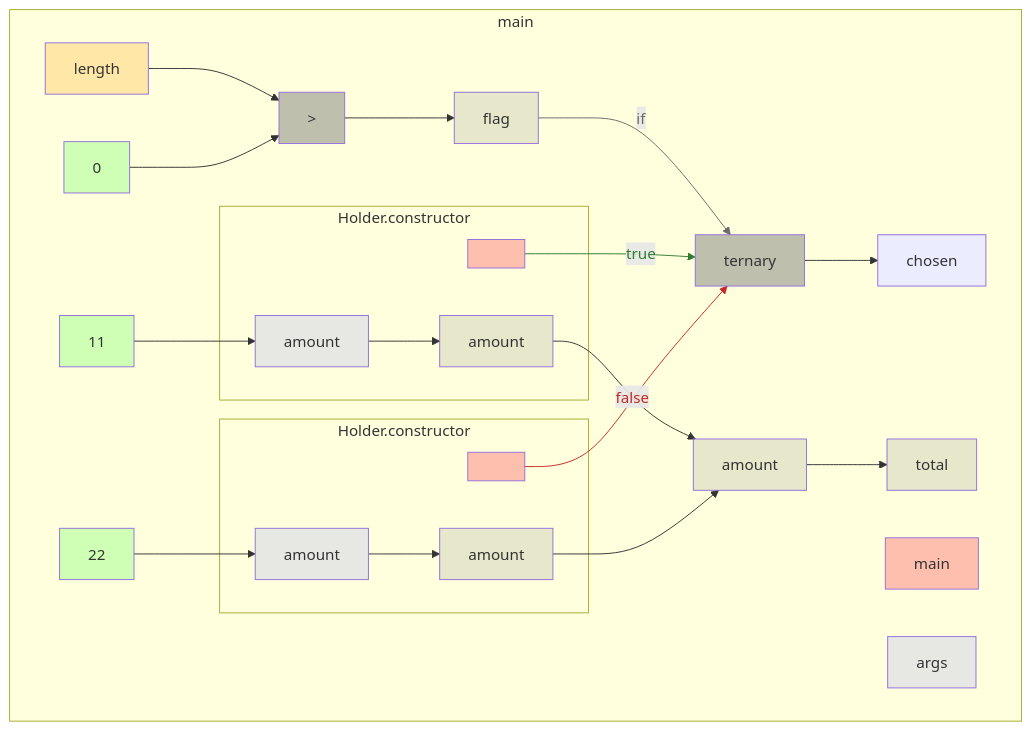
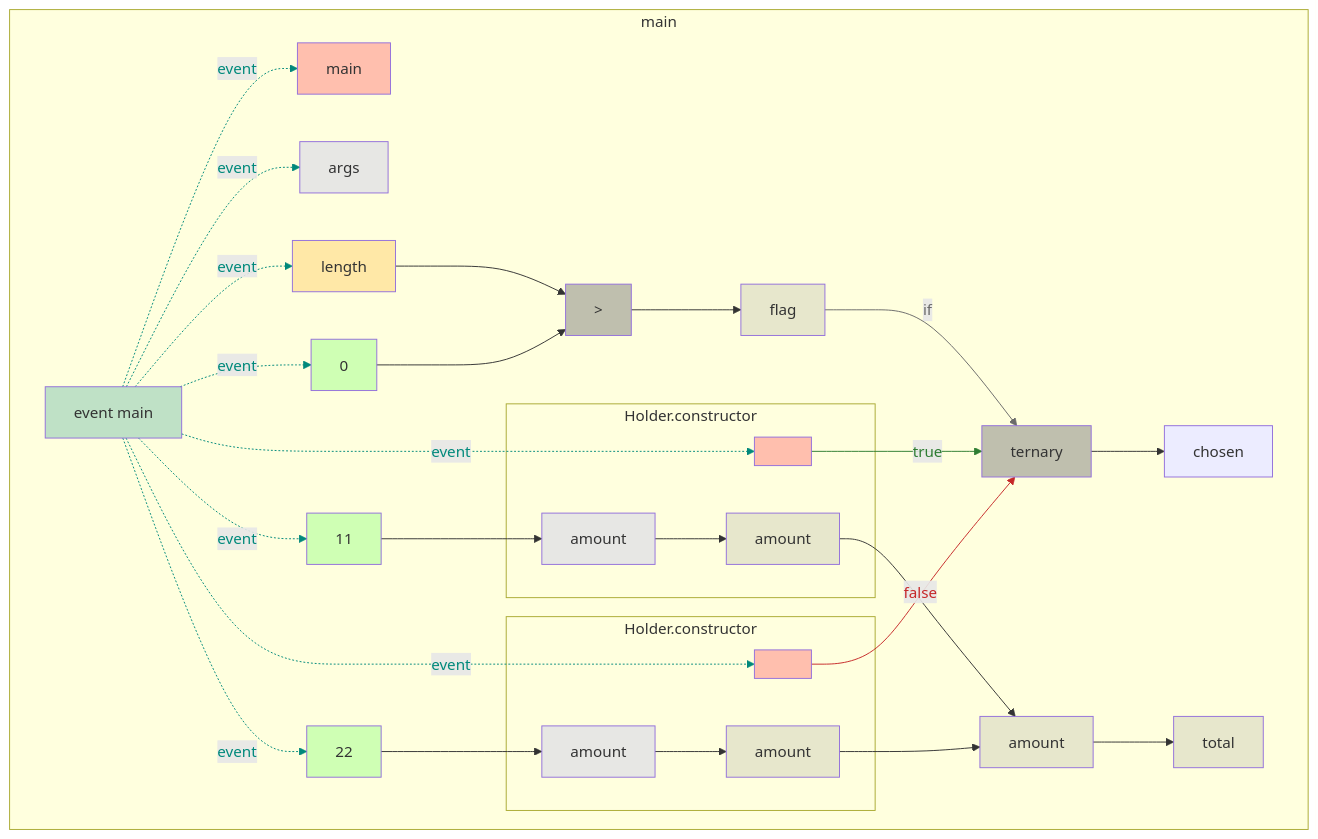
The diagram in app/src/test/resources/aliasTernary/snapshot.md (gstiebler/codeflow), drawn with Mermaid before and after one commit. The commit also changed 77 other files, not shown here.

````diff
--- a/app/src/test/resources/aliasTernary/snapshot.md
+++ b/app/src/test/resources/aliasTernary/snapshot.md
@@ -1,51 +1,69 @@
 ```mermaid
 flowchart TD
   subgraph b0["main"]
-    n1[main]:::RETURN
-    n2[args]:::FUNC_PARAM
-    n3[length]:::EXTERNAL
-    n4[0]:::LITERAL
-    n5[>]:::BIN_OP
-    n6[flag]:::VARIABLE
-    n7[11]:::LITERAL
-    n12[22]:::LITERAL
-    n17[ternary]:::BIN_OP
-    n18[chosen]:::OBJ_VARIABLE
-    n19[amount]:::VARIABLE
-    n20[total]:::VARIABLE
-    n3[length]:::EXTERNAL --> n5[>]:::BIN_OP
-    n4[0]:::LITERAL --> n5[>]:::BIN_OP
-    n5[>]:::BIN_OP --> n6[flag]:::VARIABLE
-    n6[flag]:::VARIABLE -->|if| n17[ternary]:::BIN_OP
-    n7[11]:::LITERAL --> n10[amount]:::FUNC_PARAM
-    n12[22]:::LITERAL --> n15[amount]:::FUNC_PARAM
-    n17[ternary]:::BIN_OP --> n18[chosen]:::OBJ_VARIABLE
-    n19[amount]:::VARIABLE --> n20[total]:::VARIABLE
-    n9[<init>]:::RETURN -->|true| n17[ternary]:::BIN_OP
-    n11[amount]:::VARIABLE --> n19[amount]:::VARIABLE
-    n14[<init>]:::RETURN -->|false| n17[ternary]:::BIN_OP
-    n16[amount]:::VARIABLE --> n19[amount]:::VARIABLE
-    subgraph b8["Holder.constructor"]
-      n9[<init>]:::RETURN
-      n10[amount]:::FUNC_PARAM
-      n11[amount]:::VARIABLE
-      n10[amount]:::FUNC_PARAM --> n11[amount]:::VARIABLE
+    n1[event main]:::EVENT
+    n2[main]:::RETURN
+    n3[args]:::FUNC_PARAM
+    n4[length]:::EXTERNAL
+    n5[0]:::LITERAL
+    n6[>]:::BIN_OP
+    n7[flag]:::VARIABLE
+    n8[11]:::LITERAL
+    n13[22]:::LITERAL
+    n18[ternary]:::BIN_OP
+    n19[chosen]:::OBJ_VARIABLE
+    n20[amount]:::VARIABLE
+    n21[total]:::VARIABLE
+    n1[event main]:::EVENT -. event .-> n2[main]:::RETURN
+    n1[event main]:::EVENT -. event .-> n3[args]:::FUNC_PARAM
+    n1[event main]:::EVENT -. event .-> n4[length]:::EXTERNAL
+    n1[event main]:::EVENT -. event .-> n5[0]:::LITERAL
+    n1[event main]:::EVENT -. event .-> n8[11]:::LITERAL
+    n1[event main]:::EVENT -. event .-> n13[22]:::LITERAL
+    n1[event main]:::EVENT -. event .-> n10[<init>]:::RETURN
+    n1[event main]:::EVENT -. event .-> n15[<init>]:::RETURN
+    n4[length]:::EXTERNAL --> n6[>]:::BIN_OP
+    n5[0]:::LITERAL --> n6[>]:::BIN_OP
+    n6[>]:::BIN_OP --> n7[flag]:::VARIABLE
+    n7[flag]:::VARIABLE -->|if| n18[ternary]:::BIN_OP
+    n8[11]:::LITERAL --> n11[amount]:::FUNC_PARAM
+    n13[22]:::LITERAL --> n16[amount]:::FUNC_PARAM
+    n18[ternary]:::BIN_OP --> n19[chosen]:::OBJ_VARIABLE
+    n20[amount]:::VARIABLE --> n21[total]:::VARIABLE
+    n10[<init>]:::RETURN -->|true| n18[ternary]:::BIN_OP
+    n12[amount]:::VARIABLE --> n20[amount]:::VARIABLE
+    n15[<init>]:::RETURN -->|false| n18[ternary]:::BIN_OP
+    n17[amount]:::VARIABLE --> n20[amount]:::VARIABLE
+    subgraph b9["Holder.constructor"]
+      n10[<init>]:::RETURN
+      n11[amount]:::FUNC_PARAM
+      n12[amount]:::VARIABLE
+      n11[amount]:::FUNC_PARAM --> n12[amount]:::VARIABLE
     end
-    subgraph b13["Holder.constructor"]
-      n14[<init>]:::RETURN
-      n15[amount]:::FUNC_PARAM
-      n16[amount]:::VARIABLE
-      n15[amount]:::FUNC_PARAM --> n16[amount]:::VARIABLE
+    subgraph b14["Holder.constructor"]
+      n15[<init>]:::RETURN
+      n16[amount]:::FUNC_PARAM
+      n17[amount]:::VARIABLE
+      n16[amount]:::FUNC_PARAM --> n17[amount]:::VARIABLE
     end
   end
-  linkStyle 3 stroke:#6a6a6a,color:#6a6a6a
-  linkStyle 8 stroke:#2e7d32,color:#2e7d32
-  linkStyle 10 stroke:#c62828,color:#c62828
+  linkStyle 0 stroke:#00897b,color:#00897b
+  linkStyle 1 stroke:#00897b,color:#00897b
+  linkStyle 2 stroke:#00897b,color:#00897b
+  linkStyle 3 stroke:#00897b,color:#00897b
+  linkStyle 4 stroke:#00897b,color:#00897b
+  linkStyle 5 stroke:#00897b,color:#00897b
+  linkStyle 6 stroke:#00897b,color:#00897b
+  linkStyle 7 stroke:#00897b,color:#00897b
+  linkStyle 11 stroke:#6a6a6a,color:#6a6a6a
+  linkStyle 16 stroke:#2e7d32,color:#2e7d32
+  linkStyle 18 stroke:#c62828,color:#c62828
   classDef LITERAL fill:#00FF0030
   classDef VARIABLE fill:#80808030
   classDef BIN_OP fill:#80808080
   classDef FUNC_PARAM fill:#8080FF30
   classDef RETURN fill:#FF808080
   classDef EXTERNAL fill:#FFA50040
   classDef UNMODELLED fill:#FF000030,stroke-dasharray: 4 2
+  classDef EVENT fill:#00897B40
 ```
````
